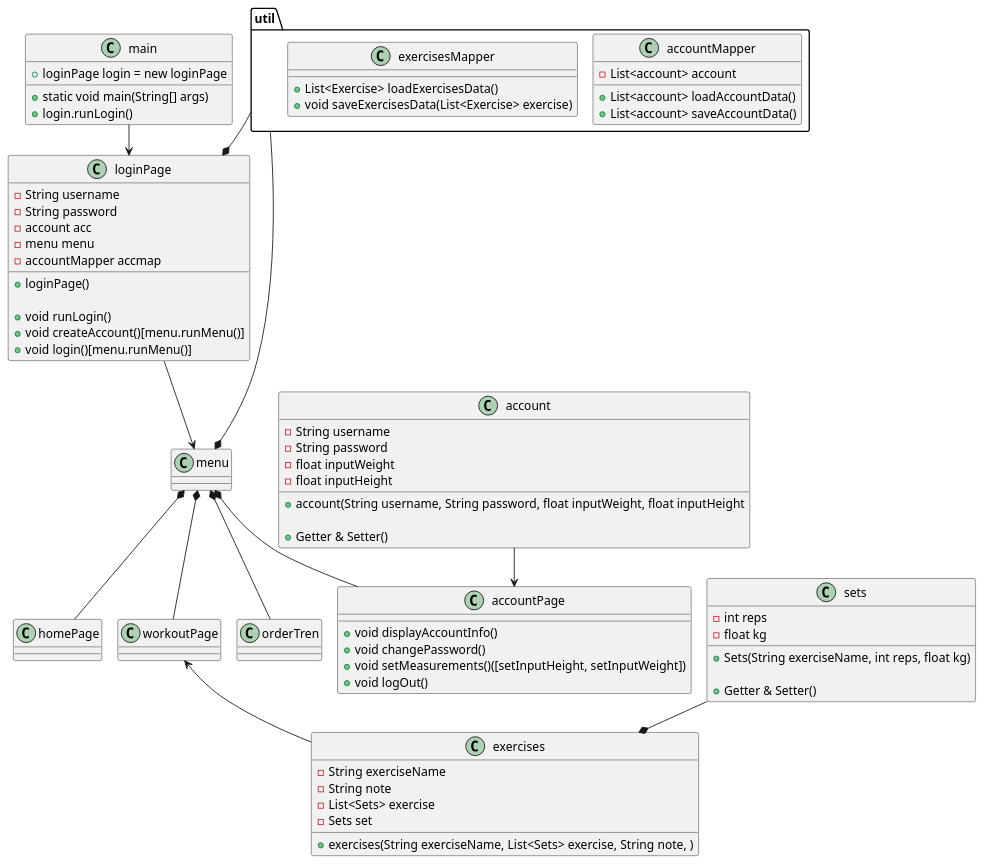
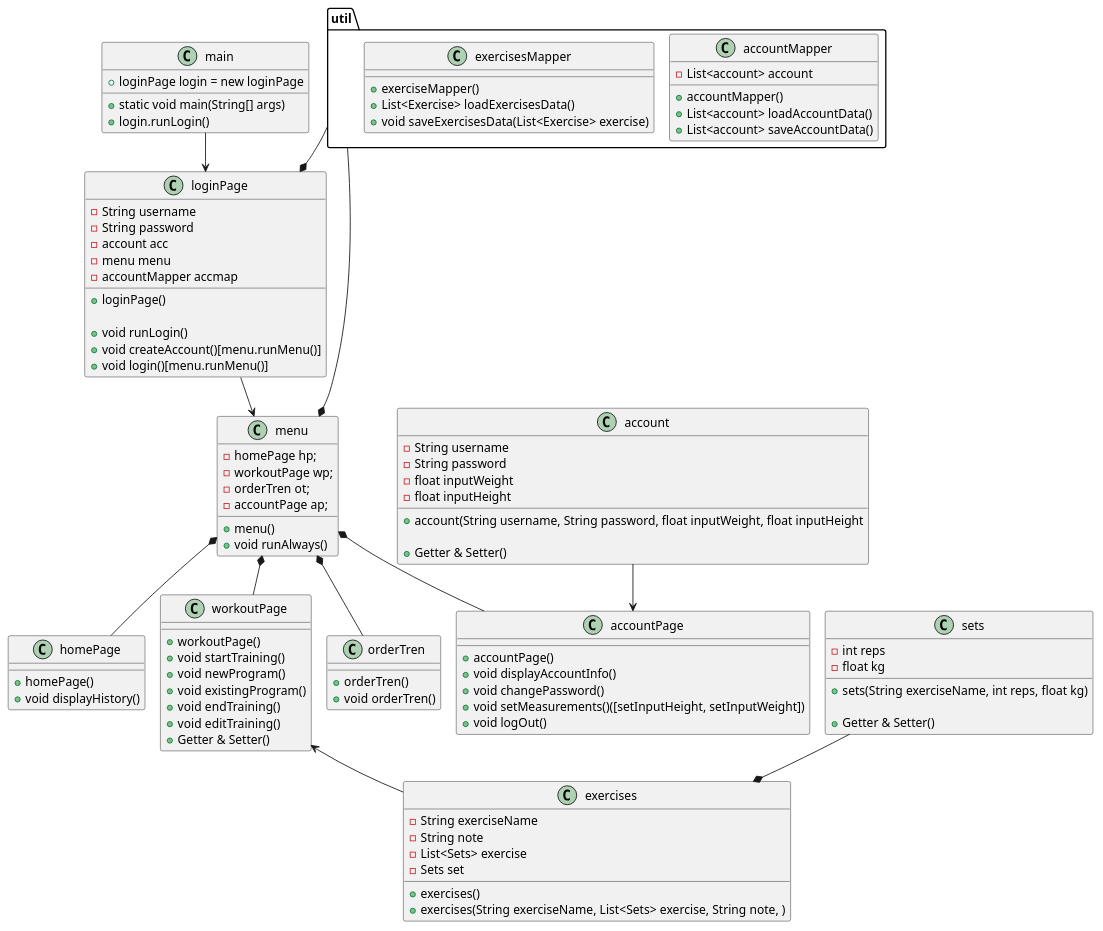
The diagram in src/doc/diagram/class_diagram_v0.puml (MarcusPFF/Trening-ICE-SEM1), drawn with PlantUML before and after one commit.

```diff
--- a/src/doc/diagram/class_diagram_v0.puml
+++ b/src/doc/diagram/class_diagram_v0.puml
@@ -1,93 +1,120 @@
 @startuml
 !pragma layout smetana
 
 main --> loginPage
 loginPage --> menu
 menu *-- homePage
 menu *-- workoutPage
 menu *-- accountPage
 menu *-- orderTren
 account --> accountPage
 workoutPage <-- exercises
 "util" --* menu
 "util" --* loginPage
 sets --* exercises
 
 class main {
 + static void main(String[] args)
 + loginPage login = new loginPage
 + login.runLogin()
+
 }
 
 class loginPage {
 - String username
 - String password
 - account acc
 - menu menu
 - accountMapper accmap
 
 ' Constructor
 + loginPage()
 
 ' Metoder
 + void runLogin()
 + void createAccount()[menu.runMenu()]
 + void login()[menu.runMenu()]
 
 }
-class menu
-class homePage
-class workoutPage
+class menu {
+- homePage hp;
+- workoutPage wp;
+- orderTren ot;
+- accountPage ap;
++ menu()
++ void runAlways()
+
+}
+class homePage {
++ homePage()
++ void displayHistory()
+}
+class workoutPage {
++ workoutPage()
++ void startTraining()
++ void newProgram()
++ void existingProgram()
++ void endTraining()
++ void editTraining()
++ Getter & Setter()
+}
 class accountPage {
-
++ accountPage()
 + void displayAccountInfo()
 + void changePassword()
 + void setMeasurements()([setInputHeight, setInputWeight])
 + void logOut()
 
 }
-class orderTren
+class orderTren {
++ orderTren()
++ void orderTren()
+
+}
 class exercises {
++ exercises()
 - String exerciseName
 - String note
 - List<Sets> exercise
 - Sets set
 
 + exercises(String exerciseName, List<Sets> exercise, String note, )
 
 }
 
 class account {
 - String username
 - String password
 - float inputWeight
 - float inputHeight
 
 + account(String username, String password, float inputWeight, float inputHeight
 
 + Getter & Setter()
 
 }
 class sets {
 - int reps
 - float kg
 
-+ Sets(String exerciseName, int reps, float kg)
++ sets(String exerciseName, int reps, float kg)
 
 + Getter & Setter()
 }
 
 package "util" {
 class accountMapper {
++ accountMapper()
 - List<account> account
 
 +List<account> loadAccountData()
 +List<account> saveAccountData()
 }
 
 class exercisesMapper {
++ exerciseMapper()
 + List<Exercise> loadExercisesData()
 + void saveExercisesData(List<Exercise> exercise)
 }
 }
 @enduml
```
